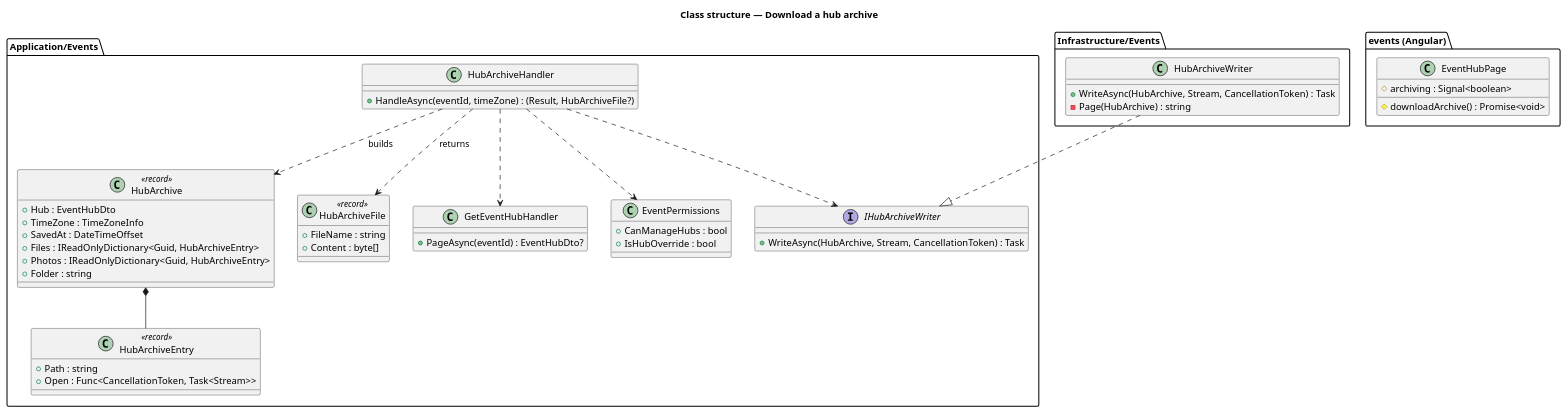
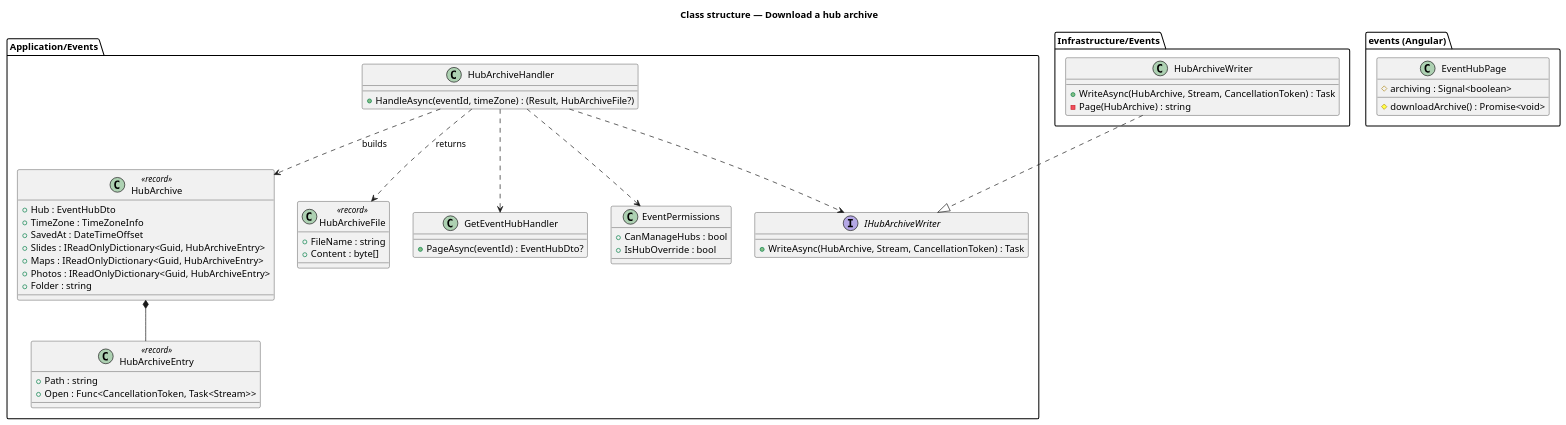
The diagram in docs/detailed-designs/events/download-hub-archive/diagrams/class-structure.puml (QuinntyneBrown/faithtech-community), drawn with PlantUML before and after one commit. The commit also changed 11 other files, not shown here.

First line of the commit message:
Record the download-hub-archive journey and mark prompt 50 done

```diff
--- a/docs/detailed-designs/events/download-hub-archive/diagrams/class-structure.puml
+++ b/docs/detailed-designs/events/download-hub-archive/diagrams/class-structure.puml
@@ -1,53 +1,54 @@
 @startuml
 title Class structure — Download a hub archive
 package "Application/Events" {
   class HubArchiveHandler {
     +HandleAsync(eventId, timeZone) : (Result, HubArchiveFile?)
   }
   class HubArchive <<record>> {
     +Hub : EventHubDto
     +TimeZone : TimeZoneInfo
     +SavedAt : DateTimeOffset
-    +Files : IReadOnlyDictionary<Guid, HubArchiveEntry>
+    +Slides : IReadOnlyDictionary<Guid, HubArchiveEntry>
+    +Maps : IReadOnlyDictionary<Guid, HubArchiveEntry>
     +Photos : IReadOnlyDictionary<Guid, HubArchiveEntry>
     +Folder : string
   }
   class HubArchiveEntry <<record>> {
     +Path : string
     +Open : Func<CancellationToken, Task<Stream>>
   }
   class HubArchiveFile <<record>> {
     +FileName : string
     +Content : byte[]
   }
   interface IHubArchiveWriter {
     +WriteAsync(HubArchive, Stream, CancellationToken) : Task
   }
   class GetEventHubHandler {
     +PageAsync(eventId) : EventHubDto?
   }
   class EventPermissions {
     +CanManageHubs : bool
     +IsHubOverride : bool
   }
 }
 package "Infrastructure/Events" {
   class HubArchiveWriter {
     +WriteAsync(HubArchive, Stream, CancellationToken) : Task
     -Page(HubArchive) : string
   }
 }
 package "events (Angular)" {
   class EventHubPage {
     #archiving : Signal<boolean>
     #downloadArchive() : Promise<void>
   }
 }
 HubArchiveHandler ..> GetEventHubHandler
 HubArchiveHandler ..> EventPermissions
 HubArchiveHandler ..> IHubArchiveWriter
 HubArchiveHandler ..> HubArchive : builds
 HubArchive *-- HubArchiveEntry
 HubArchiveHandler ..> HubArchiveFile : returns
 HubArchiveWriter ..|> IHubArchiveWriter
 @enduml
```
